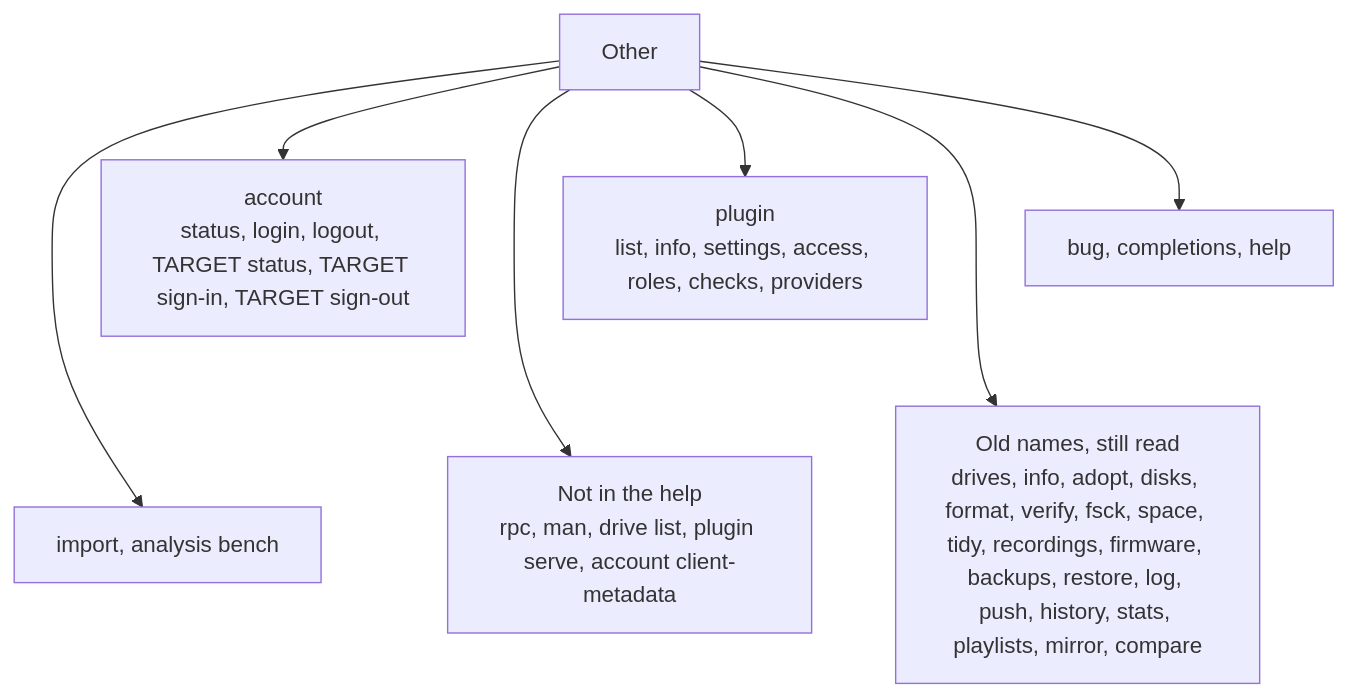
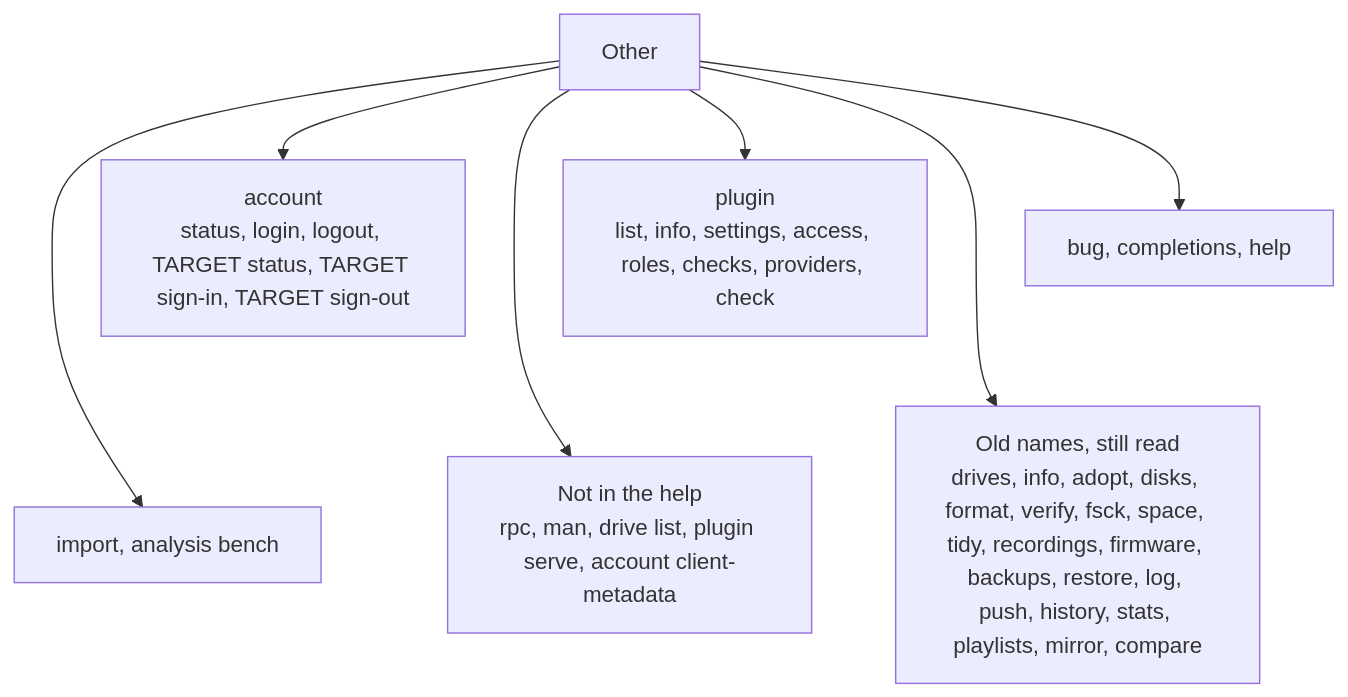
Diagram 11 of 11 in apps/locallibrary/README.md (cutenode/localnetwork), drawn with Mermaid before and after one commit. The commit also changed other lines of this file and 22 other files, not shown here.

````diff
--- a/apps/locallibrary/README.md
+++ b/apps/locallibrary/README.md
@@ -490,13 +492,13 @@
 ```mermaid
 flowchart TD
     hub["Other"]
     hub --> account["account<br/>status, login, logout, TARGET status, TARGET sign-in, TARGET sign-out"]
-    hub --> plugin["plugin<br/>list, info, settings, access, roles, checks, providers"]
+    hub --> plugin["plugin<br/>list, info, settings, access, roles, checks, providers, check"]
     hub --> misc["bug, completions, help"]
     hub --> more["import, analysis bench"]
     hub --> rpc["Not in the help<br/>rpc, man, drive list, plugin serve, account client-metadata"]
     hub --> moved["Old names, still read<br/>drives, info, adopt, disks, format, verify, fsck, space, tidy, recordings, firmware, backups, restore, log, push, history, stats, playlists, mirror, compare"]
     account ~~~ more
     plugin ~~~ rpc
     misc ~~~ moved
 ```
````
